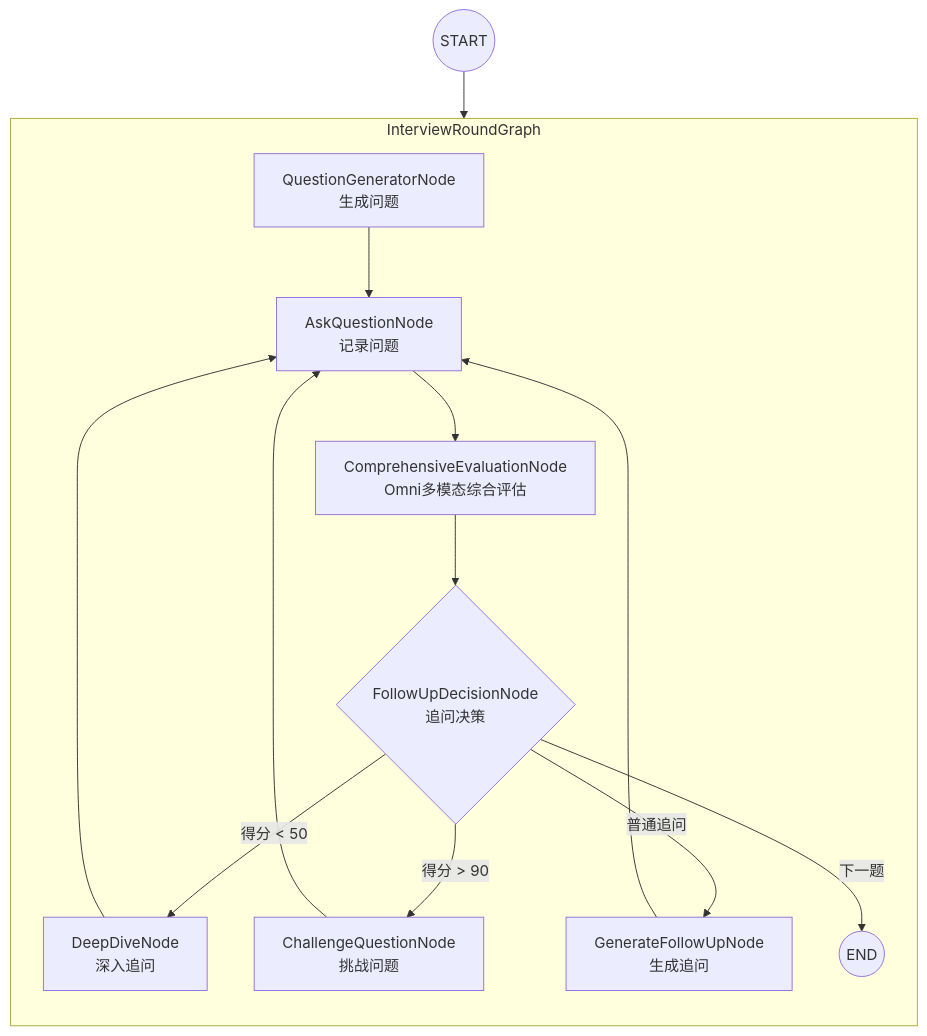
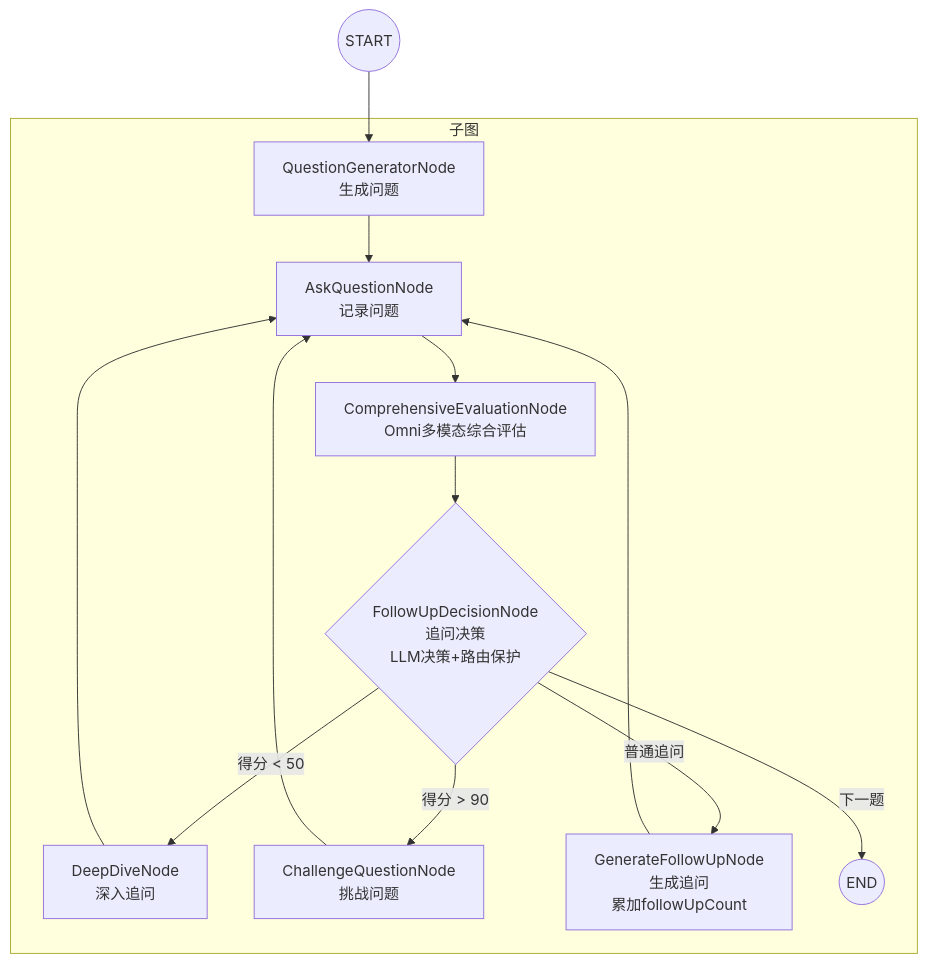
The second of 4 diagrams in README.md (zunff/interview-agent), drawn with Mermaid before and after one commit. The commit also changed other lines of this file, not shown here.

````diff
--- a/README.md
+++ b/README.md
@@ -65,24 +65,23 @@
 ```mermaid
 graph TD
     SUB_START((START))
 
-    subgraph 子图["InterviewRoundGraph"]
-        direction TD
+    subgraph InterviewRoundGraph[子图]
         GEN[QuestionGeneratorNode<br/>生成问题] --> ASK[AskQuestionNode<br/>记录问题]
 
         ASK --> EVAL[ComprehensiveEvaluationNode<br/>Omni多模态综合评估]
 
-        EVAL --> DECISION{FollowUpDecisionNode<br/>追问决策}
+        EVAL --> DECISION{FollowUpDecisionNode<br/>追问决策<br/>LLM决策+路由保护}
 
         DECISION -->|得分 < 50| DEEP[DeepDiveNode<br/>深入追问]
         DECISION -->|得分 > 90| CHALLENGE[ChallengeQuestionNode<br/>挑战问题]
-        DECISION -->|普通追问| FOLLOW[GenerateFollowUpNode<br/>生成追问]
+        DECISION -->|普通追问| FOLLOW[GenerateFollowUpNode<br/>生成追问<br/>累加followUpCount]
         DECISION -->|下一题| SUB_END((END))
 
         DEEP --> ASK
         CHALLENGE --> ASK
         FOLLOW --> ASK
     end
 
     SUB_START --> GEN
 ```
````
